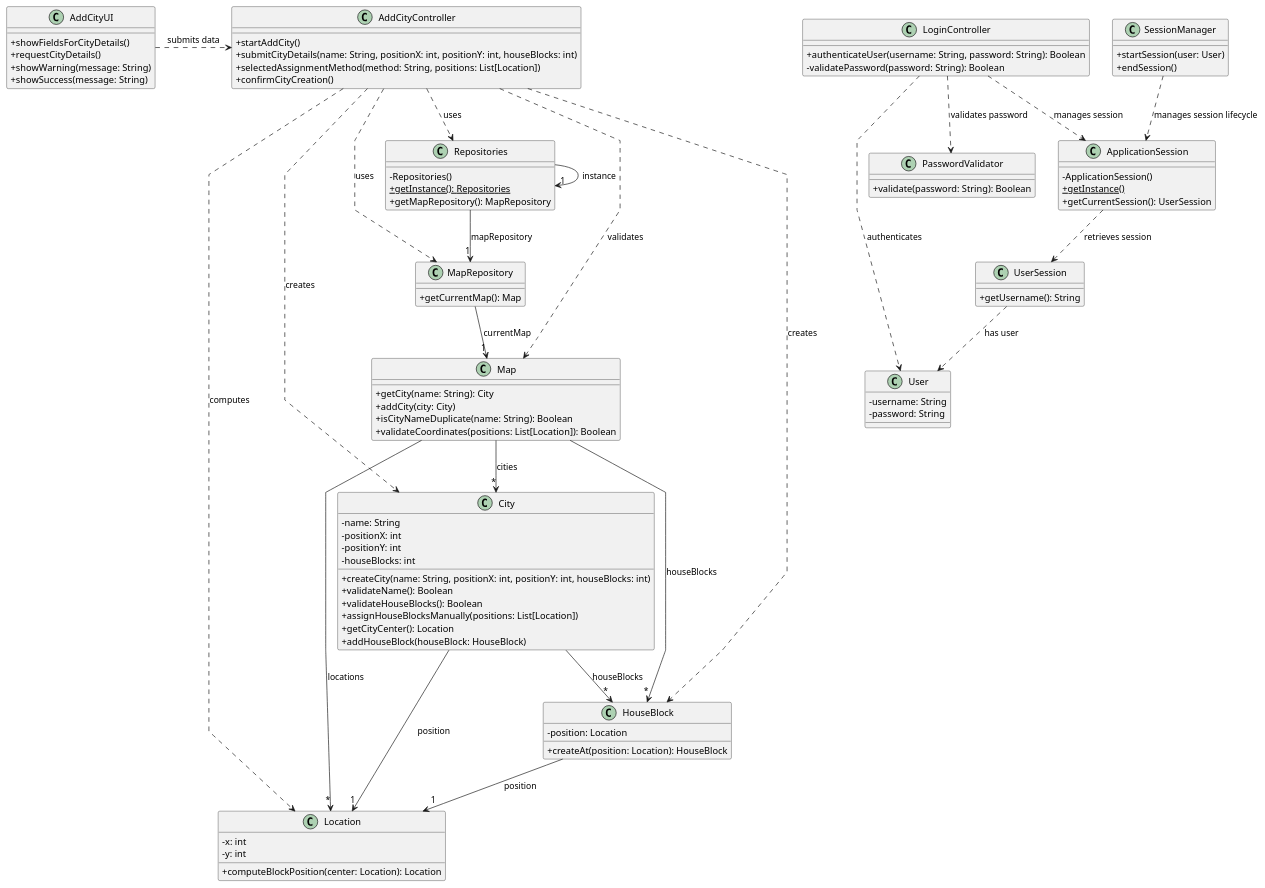
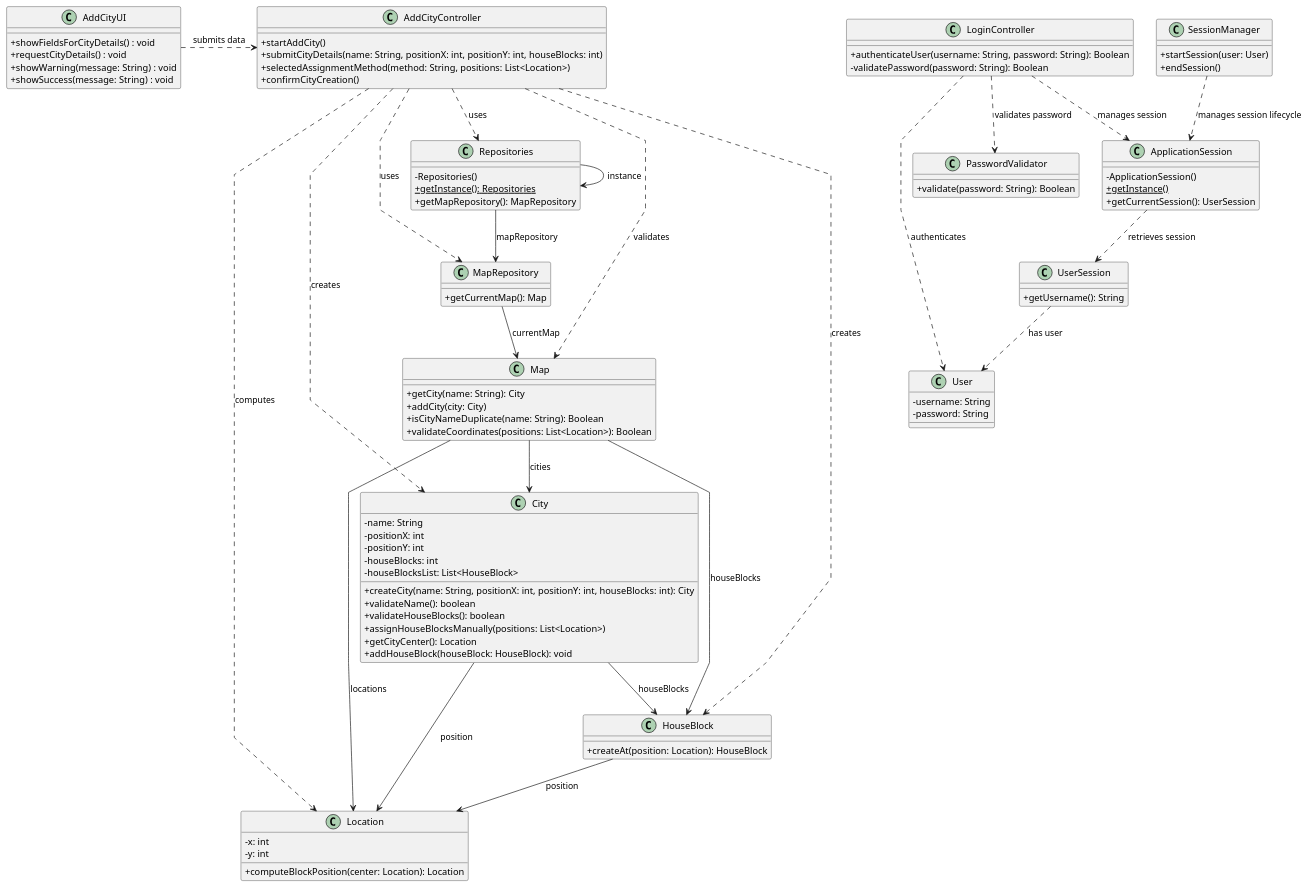
Before and after one commit to 1240826/empire-on-tracks: the diagram in docs/system-documentation/US003/03.design/puml/US003-CD.puml, drawn with PlantUML. The commit also changed 16 other files, not shown here.

```diff
--- a/docs/system-documentation/US003/03.design/puml/US003-CD.puml
+++ b/docs/system-documentation/US003/03.design/puml/US003-CD.puml
@@ -1,125 +1,125 @@
 @startuml
 skinparam packageStyle rectangle
 skinparam shadowing false
 skinparam linetype polyline
 skinparam classAttributeIconSize 0
 
 class "LoginController" {
     + authenticateUser(username: String, password: String): Boolean
     - validatePassword(password: String): Boolean
 }
 
 class "User" {
     - username: String
     - password: String
 }
 
 class "PasswordValidator" {
     + validate(password: String): Boolean
 }
 
 class "ApplicationSession" {
     - ApplicationSession()
     + {static} getInstance()
     + getCurrentSession(): UserSession
 }
 
 class "UserSession" {
     + getUsername(): String
 }
 
 class "SessionManager" {
     + startSession(user: User)
     + endSession()
 }
 
 class "City" {
-    - name: String
-    - positionX: int
-    - positionY: int
-    - houseBlocks: int
-    + createCity(name: String, positionX: int, positionY: int, houseBlocks: int)
-    + validateName(): Boolean
-    + validateHouseBlocks(): Boolean
-    + assignHouseBlocksManually(positions: List[Location])
-    + getCityCenter(): Location
-    + addHouseBlock(houseBlock: HouseBlock)
+        - name: String
+        - positionX: int
+        - positionY: int
+        - houseBlocks: int
+        - houseBlocksList: List<HouseBlock>
+        + createCity(name: String, positionX: int, positionY: int, houseBlocks: int): City
+        + validateName(): boolean
+        + validateHouseBlocks(): boolean
+        + assignHouseBlocksManually(positions: List<Location>)
+        + getCityCenter(): Location
+        + addHouseBlock(houseBlock: HouseBlock): void
 }
 
 class "Location" {
     - x: int
     - y: int
     + computeBlockPosition(center: Location): Location
 }
 
 class "HouseBlock" {
-    - position: Location
     + createAt(position: Location): HouseBlock
 }
 
 class "Map" {
     + getCity(name: String): City
     + addCity(city: City)
     + isCityNameDuplicate(name: String): Boolean
-    + validateCoordinates(positions: List[Location]): Boolean
+    + validateCoordinates(positions: List<Location>): Boolean
 }
 
 class "Repositories" {
     - Repositories()
     + {static} getInstance(): Repositories
     + getMapRepository(): MapRepository
 }
 
 class "MapRepository" {
     + getCurrentMap(): Map
 }
 
 class "AddCityController" {
     + startAddCity()
     + submitCityDetails(name: String, positionX: int, positionY: int, houseBlocks: int)
-    + selectedAssignmentMethod(method: String, positions: List[Location])
+    + selectedAssignmentMethod(method: String, positions: List<Location>)
     + confirmCityCreation()
 }
 
 class "AddCityUI" {
-    + showFieldsForCityDetails()
-    + requestCityDetails()
-    + showWarning(message: String)
-    + showSuccess(message: String)
+    + showFieldsForCityDetails() : void
+    + requestCityDetails() : void
+    + showWarning(message: String) : void
+    + showSuccess(message: String) : void
 }
 
 
 
 LoginController ..> User : authenticates
 LoginController ..> PasswordValidator : validates password
 LoginController ..> ApplicationSession : manages session
 
 ApplicationSession ..> UserSession : retrieves session
 UserSession ..> User : has user
 
 SessionManager ..> ApplicationSession : manages session lifecycle
 
 AddCityUI .> AddCityController : submits data
 
 AddCityController ..> Repositories : uses
 AddCityController ..> MapRepository : uses
 AddCityController ..> City : creates
 AddCityController ..> Location : computes
 AddCityController ..> HouseBlock : creates
 AddCityController ..> Map : validates
 
-Repositories --> "1" MapRepository : mapRepository
-Repositories --> "1" Repositories : instance
+Repositories -->  MapRepository : mapRepository
+Repositories -->  Repositories : instance
 
-MapRepository --> "1" Map : currentMap
+MapRepository --> Map : currentMap
 
-Map --> "*" City : cities
-Map --> "*" Location : locations
-Map --> "*" HouseBlock : houseBlocks
+Map -->  City : cities
+Map -->  Location : locations
+Map -->  HouseBlock : houseBlocks
 
-City --> "*" HouseBlock : houseBlocks
-City --> "1" Location : position
+City -->  HouseBlock : houseBlocks
+City -->  Location : position
 
-HouseBlock --> "1" Location : position
+HouseBlock --> Location : position
 
 @enduml
```
